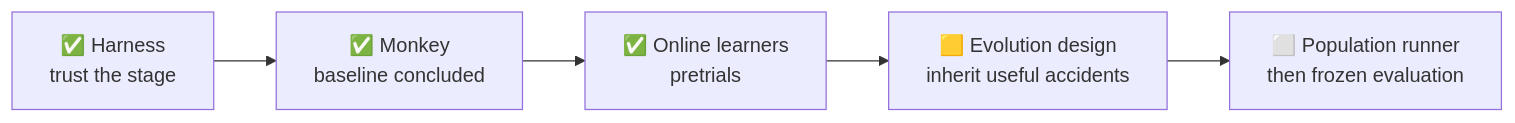
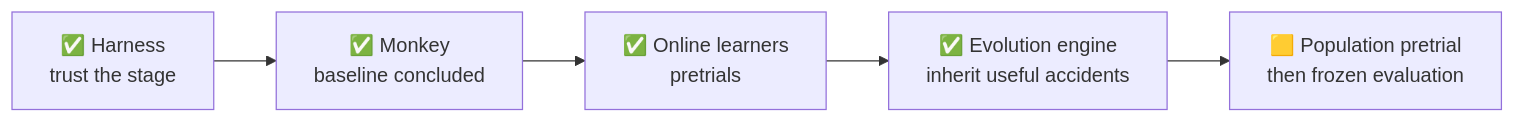
One commit to PeteAndrews1289/pokemon-red-ai changed the first of 2 diagrams in README.md. Above: the diagram before and after it, drawn with Mermaid. The commit also changed other lines of this file and 12 other files, not shown here.

````diff
--- a/README.md
+++ b/README.md
@@ -58,7 +59,7 @@
 ```mermaid
 flowchart LR
     P0["✅ Harness<br/>trust the stage"] --> B0["✅ Monkey<br/>baseline concluded"]
     B0 --> B2["✅ Online learners<br/>pretrials"]
-    B2 --> B1["🟨 Evolution design<br/>inherit useful accidents"]
-    B1 --> EV["⬜ Population runner<br/>then frozen evaluation"]
+    B2 --> B1["✅ Evolution engine<br/>inherit useful accidents"]
+    B1 --> EV["🟨 Population pretrial<br/>then frozen evaluation"]
 ```
````
